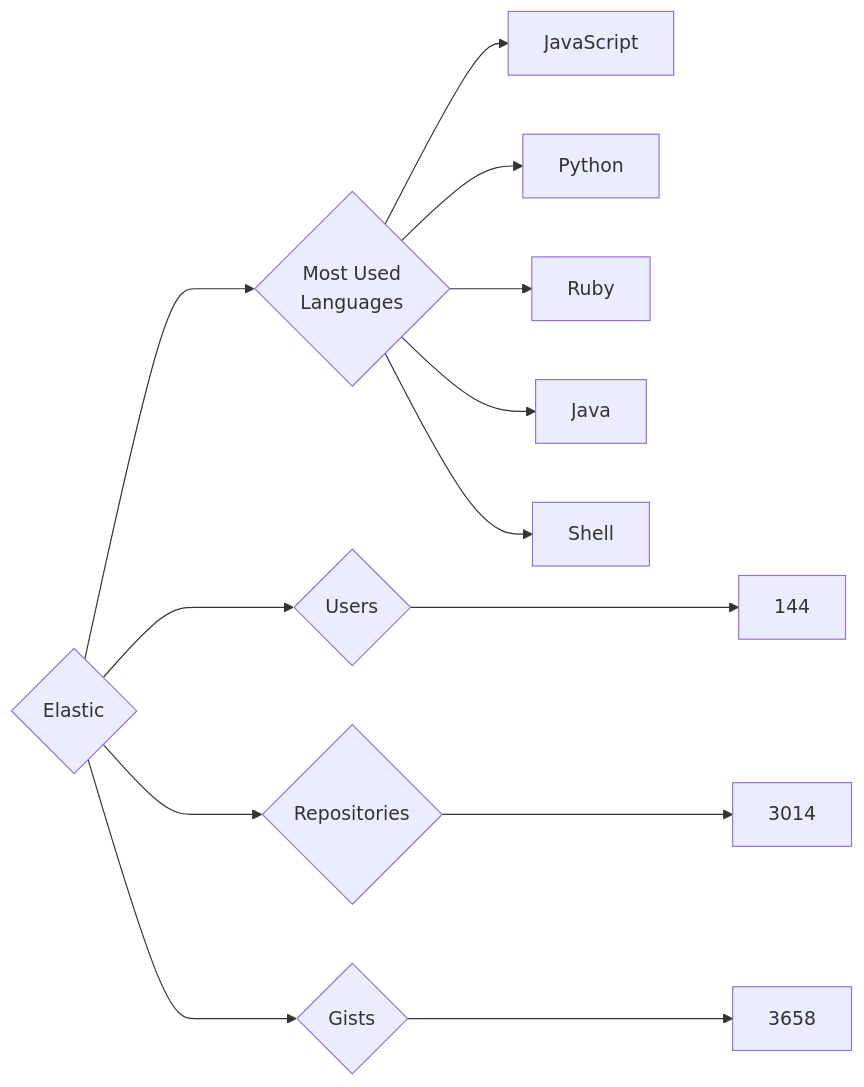
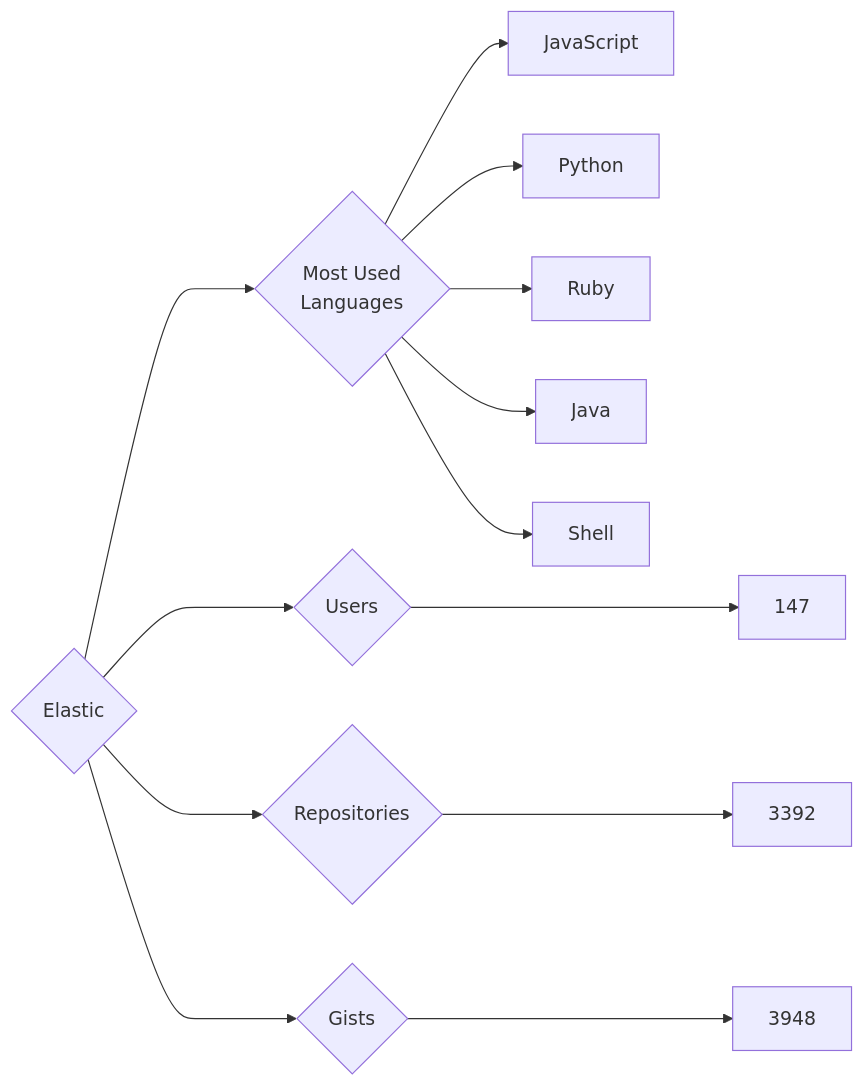
Before and after one commit to trickest/insiders: the diagram in targets/Elastic/README.md, drawn with Mermaid. The commit also changed 644 other files, not shown here.

````diff
--- a/targets/Elastic/README.md
+++ b/targets/Elastic/README.md
@@ -3,13 +3,13 @@
 ```mermaid
 graph LR
 COMPANY_NAME{Elastic}
-COMPANY_NAME ---> U{Users} ---> UN[144]
-COMPANY_NAME ---> R{Repositories} ---> RN[3014]
-COMPANY_NAME ---> G{Gists} ---> GN[3658]
+COMPANY_NAME ---> U{Users} ---> UN[147]
+COMPANY_NAME ---> R{Repositories} ---> RN[3392]
+COMPANY_NAME ---> G{Gists} ---> GN[3948]
 COMPANY_NAME ---> ML{Most Used<br>Languages}
 ML --> JavaScript[JavaScript]
 ML --> Python[Python]
 ML --> Ruby[Ruby]
 ML --> Java[Java]
 ML --> Shell[Shell]
 ```
````
